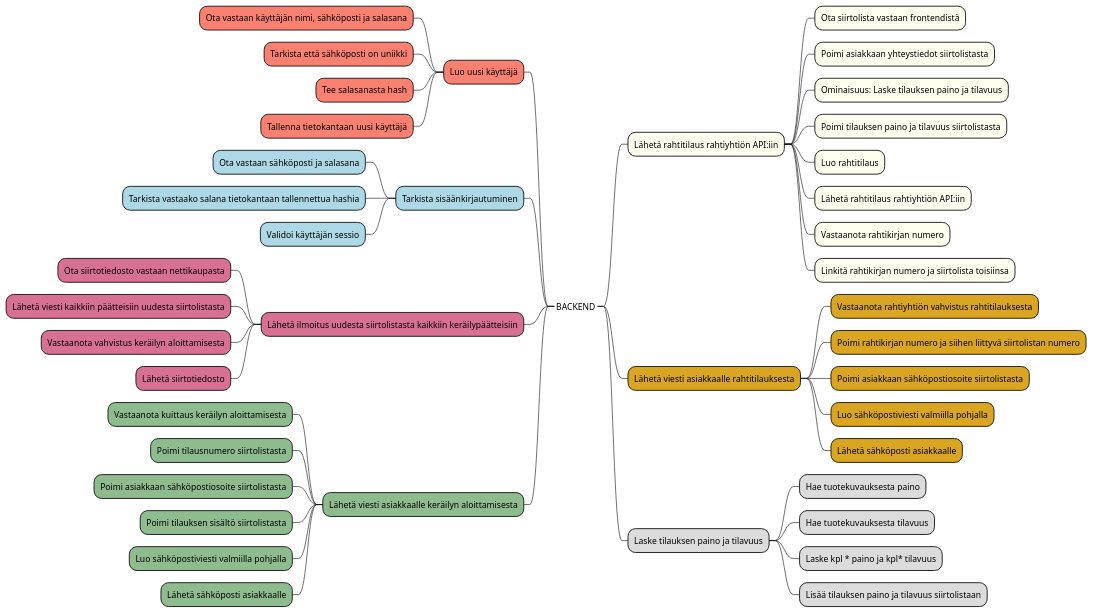
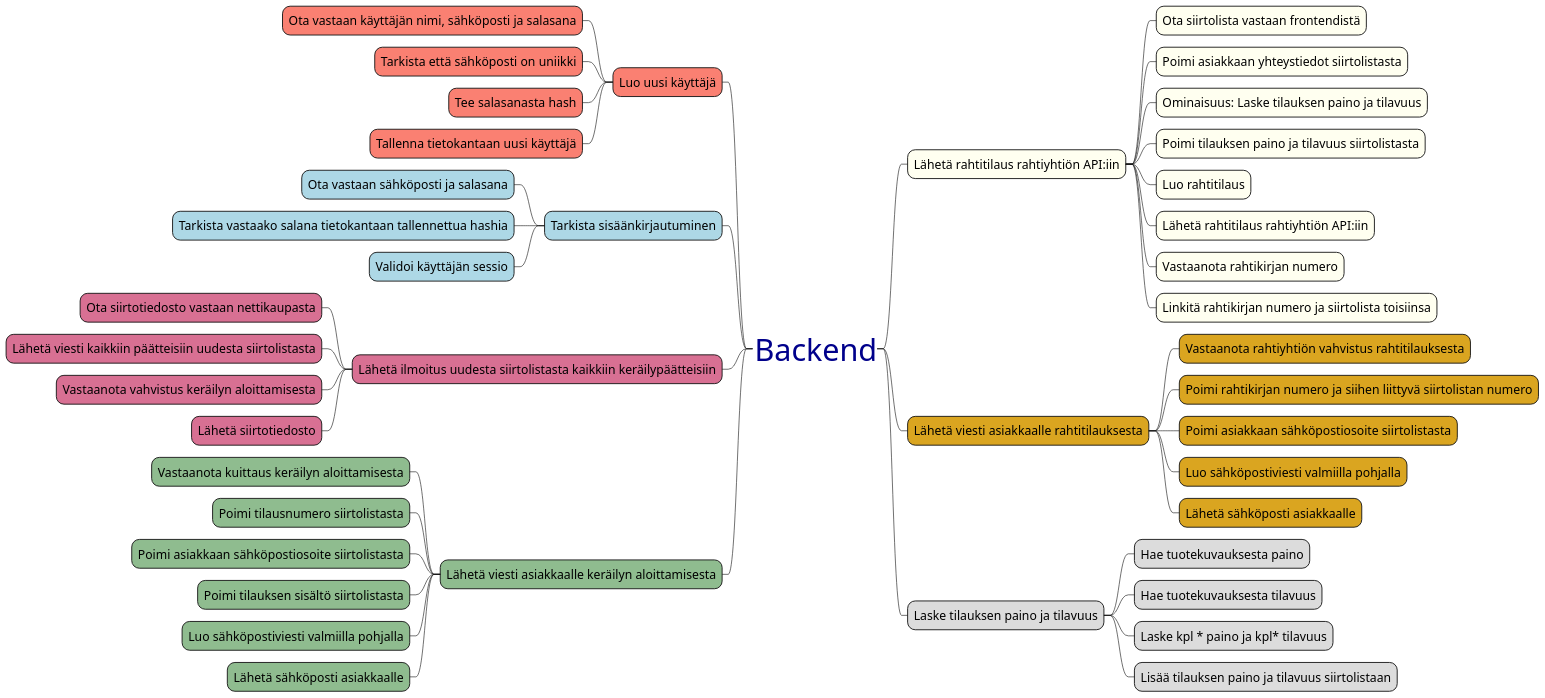
Before and after one commit to Pipe80/Varastonhallintasovellus: the fourth of 4 diagrams in requirements/vaatimusmaarittely.md, drawn with PlantUML. The commit also changed other lines of this file, not shown here.

Commit message:
Changed FONTEND / BACKEND => Frontend / Backend. Gave some style parameters to Frontend and Backend.

````diff
--- a/requirements/vaatimusmaarittely.md
+++ b/requirements/vaatimusmaarittely.md
@@ -279,53 +295,62 @@
 ```plantuml
 @startmindmap
 <style>
 mindmapDiagram {
-  rootStyle {
-    FontColor blue
+  node {
+    FontColor darkblue
+    FontSize 50    
   }
 }
 </style>
-+_ BACKEND <<rootStyle>>
++_ Backend
+<style>
+mindmapDiagram {
+  node {
+    FontColor black
+    FontSize 20
+  }
+}
+</style>
 --[#Salmon] Luo uusi käyttäjä
 ---[#Salmon] Ota vastaan käyttäjän nimi, sähköposti ja salasana
 ---[#Salmon] Tarkista että sähköposti on uniikki
 ---[#Salmon] Tee salasanasta hash
 ---[#Salmon] Tallenna tietokantaan uusi käyttäjä
 --[#LightBlue] Tarkista sisäänkirjautuminen
 ---[#LightBlue] Ota vastaan sähköposti ja salasana
 ---[#LightBlue] Tarkista vastaako salana tietokantaan tallennettua hashia
 ---[#LightBlue] Validoi käyttäjän sessio
 --[#PaleVioletRed] Lähetä ilmoitus uudesta siirtolistasta kaikkiin keräilypäätteisiin
 ---[#PaleVioletRed] Ota siirtotiedosto vastaan nettikaupasta
 ---[#PaleVioletRed] Lähetä viesti kaikkiin päätteisiin uudesta siirtolistasta
 ---[#PaleVioletRed] Vastaanota vahvistus keräilyn aloittamisesta
 ---[#PaleVioletRed] Lähetä siirtotiedosto
 --[#DarkSeaGreen] Lähetä viesti asiakkaalle keräilyn aloittamisesta
 ---[#DarkSeaGreen] Vastaanota kuittaus keräilyn aloittamisesta
 ---[#DarkSeaGreen] Poimi tilausnumero siirtolistasta
 ---[#DarkSeaGreen] Poimi asiakkaan sähköpostiosoite siirtolistasta
 ---[#DarkSeaGreen] Poimi tilauksen sisältö siirtolistasta
 ---[#DarkSeaGreen] Luo sähköpostiviesti valmiilla pohjalla
 ---[#DarkSeaGreen] Lähetä sähköposti asiakkaalle
 ++[#Ivory] Lähetä rahtitilaus rahtiyhtiön API:iin
 +++[#Ivory] Ota siirtolista vastaan frontendistä
 +++[#Ivory] Poimi asiakkaan yhteystiedot siirtolistasta
 +++[#Ivory] Ominaisuus: Laske tilauksen paino ja tilavuus
 +++[#Ivory] Poimi tilauksen paino ja tilavuus siirtolistasta
 +++[#Ivory] Luo rahtitilaus
 +++[#Ivory] Lähetä rahtitilaus rahtiyhtiön API:iin
 +++[#Ivory] Vastaanota rahtikirjan numero
 +++[#Ivory] Linkitä rahtikirjan numero ja siirtolista toisiinsa
 ++[#GoldenRod] Lähetä viesti asiakkaalle rahtitilauksesta
 +++[#GoldenRod] Vastaanota rahtiyhtiön vahvistus rahtitilauksesta
 +++[#GoldenRod] Poimi rahtikirjan numero ja siihen liittyvä siirtolistan numero
 +++[#GoldenRod] Poimi asiakkaan sähköpostiosoite siirtolistasta
 +++[#GoldenRod] Luo sähköpostiviesti valmiilla pohjalla
 +++[#GoldenRod] Lähetä sähköposti asiakkaalle
 ++[#Gainsboro] Laske tilauksen paino ja tilavuus
 +++[#Gainsboro] Hae tuotekuvauksesta paino
 +++[#Gainsboro] Hae tuotekuvauksesta tilavuus
 +++[#Gainsboro] Laske kpl * paino ja kpl* tilavuus
 +++[#Gainsboro] Lisää tilauksen paino ja tilavuus siirtolistaan
 @endmindmap
 ```
````
